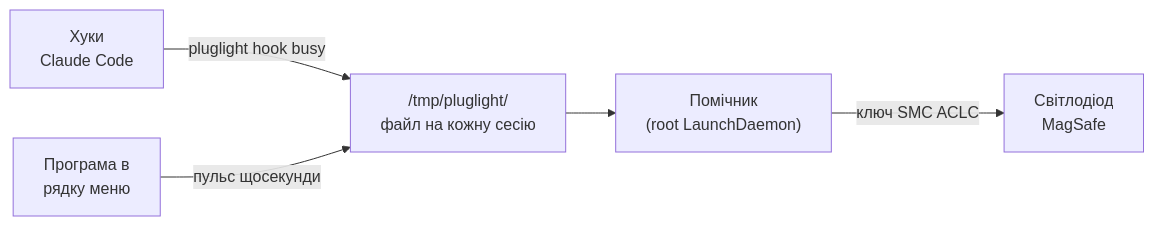
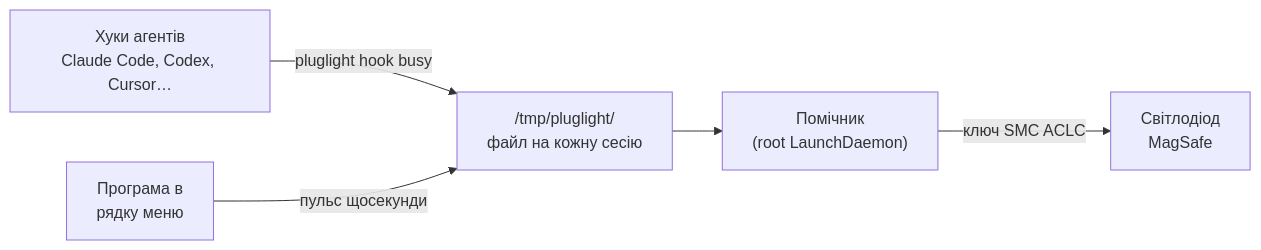
The diagram in README.uk.md (onelenyk/pluglight), drawn with Mermaid before and after one commit. The commit also changed other lines of this file and 4 other files, not shown here.

````diff
--- a/README.uk.md
+++ b/README.uk.md
@@ -102,7 +102,7 @@
 ```mermaid
 flowchart LR
-    A["Хуки<br/>Claude Code"] -->|"pluglight hook busy"| B["/tmp/pluglight/<br/>файл на кожну сесію"]
+    A["Хуки агентів<br/>Claude Code, Codex, Cursor…"] -->|"pluglight hook busy"| B["/tmp/pluglight/<br/>файл на кожну сесію"]
     C["Програма в<br/>рядку меню"] -->|"пульс щосекунди"| B
     B --> D["Помічник<br/>(root LaunchDaemon)"]
     D -->|"ключ SMC ACLC"| E["Світлодіод<br/>MagSafe"]
 ```
````
